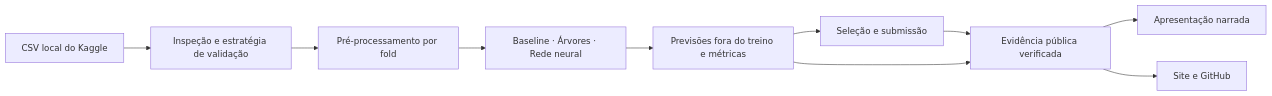
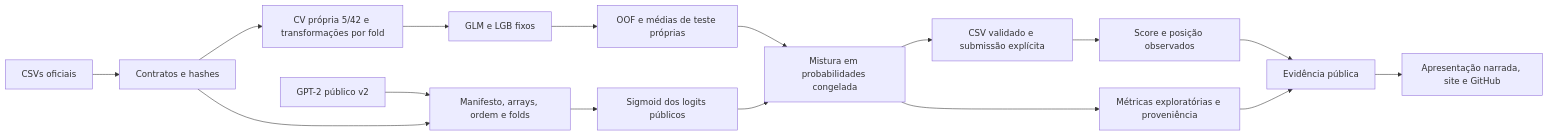
The diagram in docs/design.md (aikolopes-DS/fraudlab), drawn with Mermaid before and after one commit. The commit also changed other lines of this file and 31 other files, not shown here.

````diff
--- a/docs/design.md
+++ b/docs/design.md
@@ -18,12 +25,18 @@
 ```mermaid
 flowchart LR
-    A[CSV local do Kaggle] --> B[Inspeção e estratégia de validação]
-    B --> C[Pré-processamento por fold]
-    C --> D[Baseline · Árvores · Rede neural]
-    D --> E[Previsões fora do treino e métricas]
-    E --> F[Seleção e submissão]
-    F --> G[Evidência pública verificada]
-    E --> G
-    G --> H[Apresentação narrada]
-    G --> I[Site e GitHub]
+    A[CSVs oficiais] --> B[Contratos e hashes]
+    B --> C[CV própria 5/42 e transformações por fold]
+    C --> D[GLM e LGB fixos]
+    D --> E[OOF e médias de teste próprias]
+    F[GPT-2 público v2] --> G[Manifesto, arrays, ordem e folds]
+    B --> G
+    G --> H[Sigmoid dos logits públicos]
+    E --> I[Mistura em probabilidades congelada]
+    H --> I
+    I --> J[CSV validado e submissão explícita]
+    J --> K[Score e posição observados]
+    I --> L[Métricas exploratórias e proveniência]
+    K --> M[Evidência pública]
+    L --> M
+    M --> N[Apresentação narrada, site e GitHub]
 ```
````
